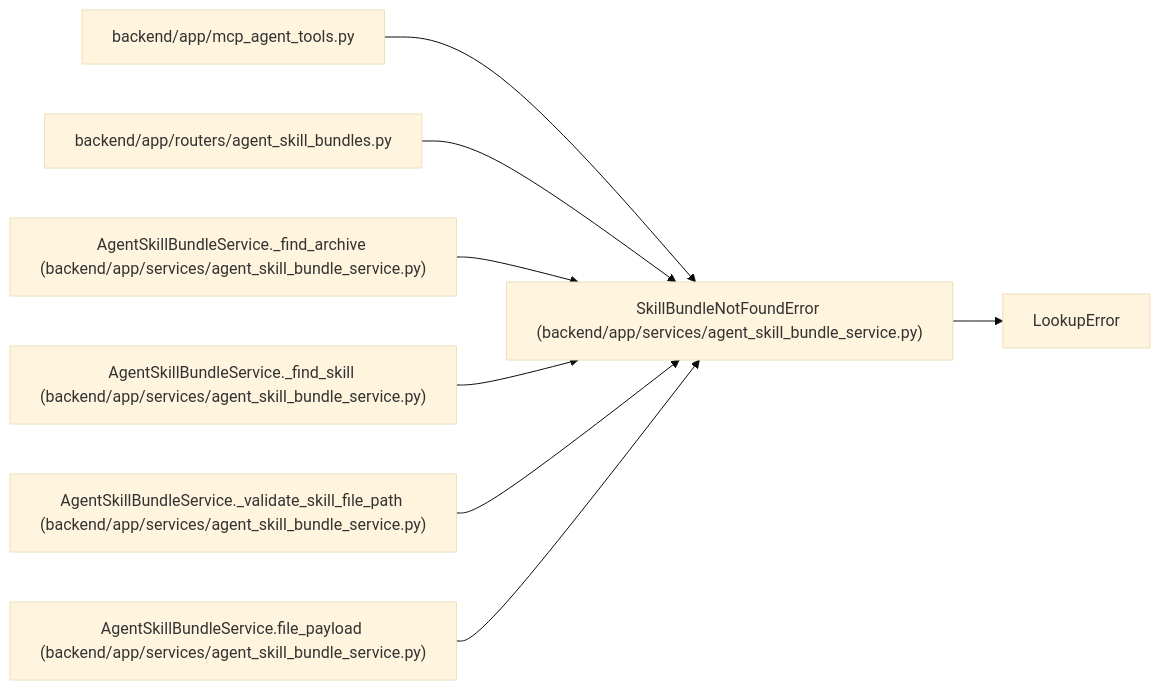
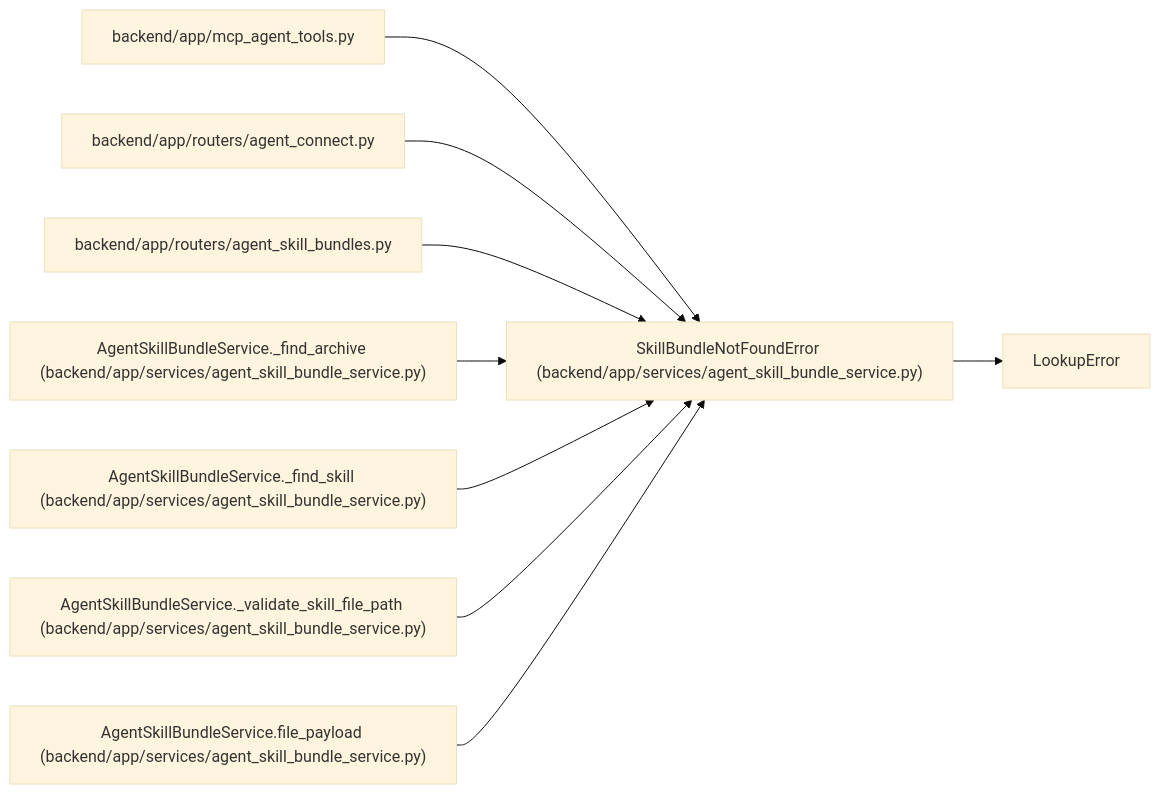
One commit to Denissvgn/WorkChord changed the diagram in docs/llm_wiki/entities/SkillBundleNotFoundError.md. Above: the diagram before and after it, drawn with Mermaid (base theme). The commit also changed other lines of this file and 732 other files, not shown here.

Commit message:
docs(wiki): refresh for agent key delivery and the connect hint

````diff
--- a/docs/llm_wiki/entities/SkillBundleNotFoundError.md
+++ b/docs/llm_wiki/entities/SkillBundleNotFoundError.md
@@ -23,25 +23,28 @@
 ```mermaid
 flowchart LR
     n0["SkillBundleNotFoundError (backend/app/services/agent_skill_bundle_service.py)"]
     n1["LookupError"]
     n2["backend/app/mcp_agent_tools.py"]
-    n3["backend/app/routers/agent_skill_bundles.py"]
-    n4["AgentSkillBundleService._find_archive (backend/app/services/agent_skill_bundle_service.py)"]
-    n5["AgentSkillBundleService._find_skill (backend/app/services/agent_skill_bundle_service.py)"]
-    n6["AgentSkillBundleService._validate_skill_file_path (backend/app/services/agent_skill_bundle_service.py)"]
-    n7["AgentSkillBundleService.file_payload (backend/app/services/agent_skill_bundle_service.py)"]
+    n3["backend/app/routers/agent_connect.py"]
+    n4["backend/app/routers/agent_skill_bundles.py"]
+    n5["AgentSkillBundleService._find_archive (backend/app/services/agent_skill_bundle_service.py)"]
+    n6["AgentSkillBundleService._find_skill (backend/app/services/agent_skill_bundle_service.py)"]
+    n7["AgentSkillBundleService._validate_skill_file_path (backend/app/services/agent_skill_bundle_service.py)"]
+    n8["AgentSkillBundleService.file_payload (backend/app/services/agent_skill_bundle_service.py)"]
     n0 --> n1
     n2 --> n0
     n3 --> n0
     n4 --> n0
     n5 --> n0
     n6 --> n0
     n7 --> n0
+    n8 --> n0
     click n0 "../modules/agent_skill_bundle_service.md"
     click n2 "../modules/mcp_agent_tools.md"
-    click n3 "../modules/agent_skill_bundles.md"
-    click n4 "../modules/agent_skill_bundle_service.md"
+    click n3 "../modules/routers_agent_connect.md"
+    click n4 "../modules/agent_skill_bundles.md"
     click n5 "../modules/agent_skill_bundle_service.md"
     click n6 "../modules/agent_skill_bundle_service.md"
     click n7 "../modules/agent_skill_bundle_service.md"
+    click n8 "../modules/agent_skill_bundle_service.md"
 ```
````
